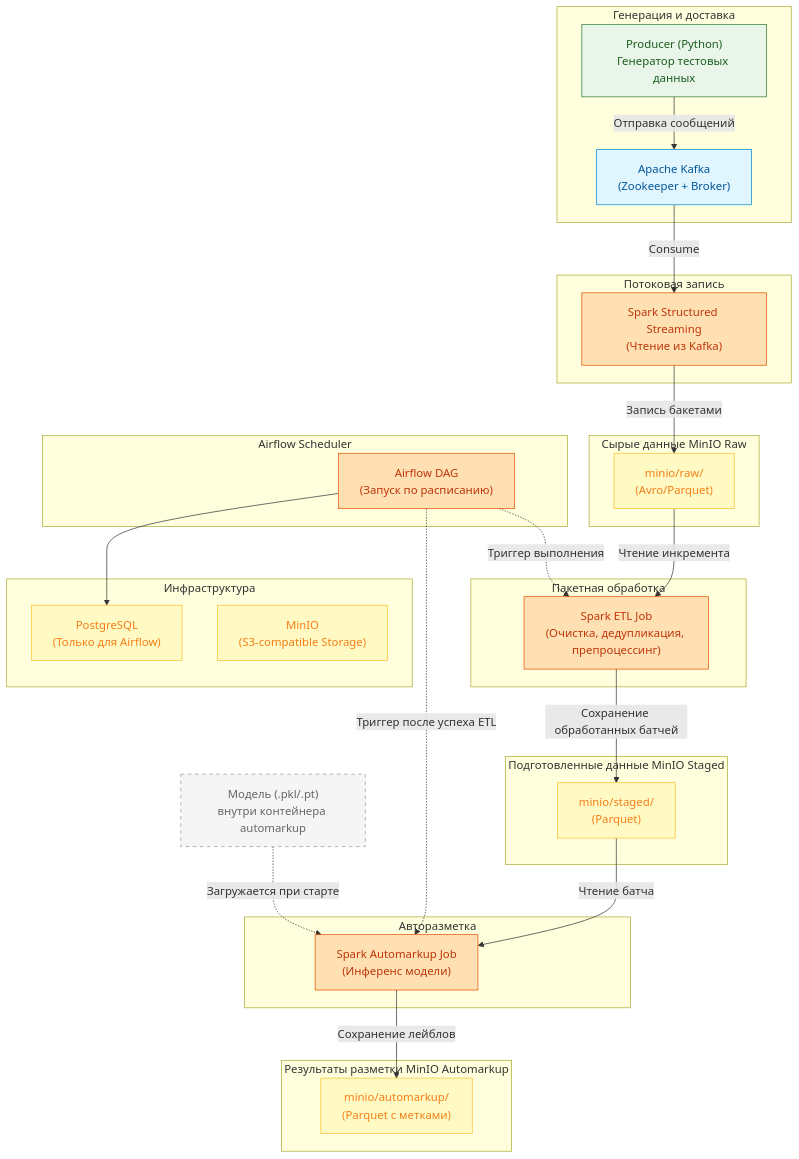
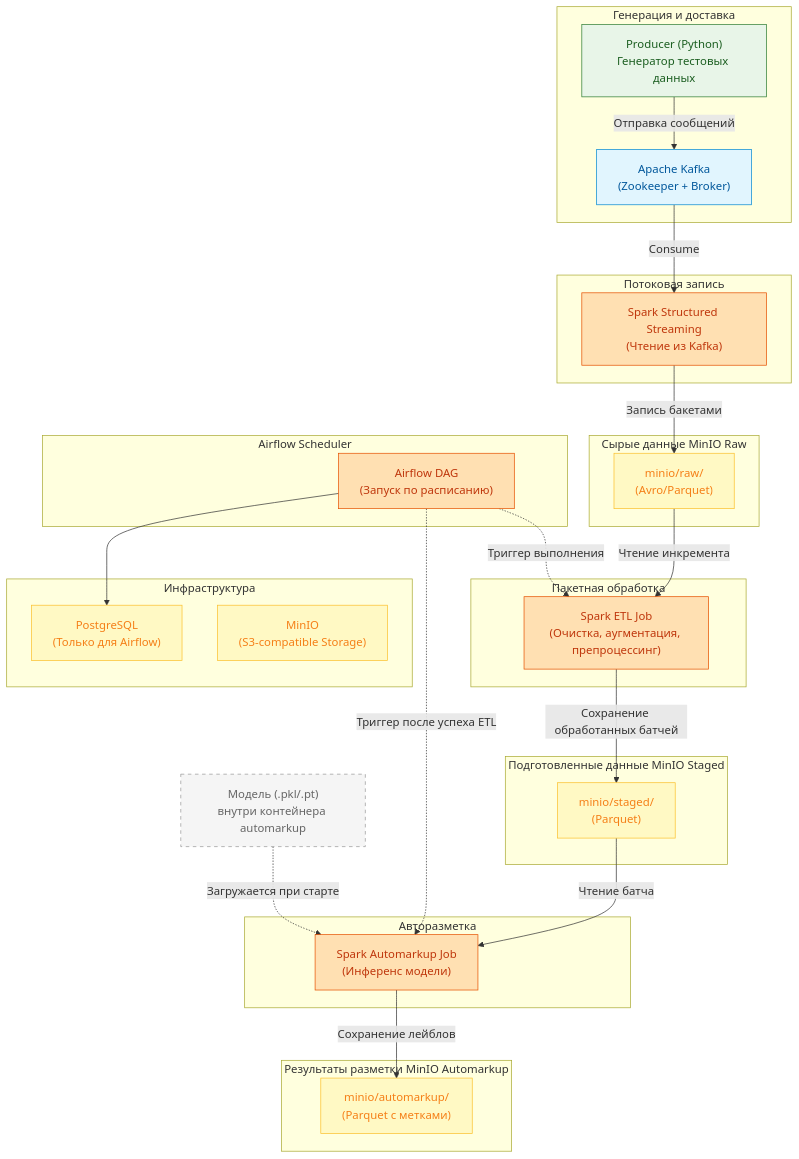
One commit to KinitoSs/diplom2 changed the diagram in implemented.mermaid. Above: the diagram before and after it, drawn with Mermaid.

```diff
--- a/implemented.mermaid
+++ b/implemented.mermaid
@@ -1,84 +1,84 @@
 graph TB
     %% Стили
     classDef vessel fill:#E8F5E8,stroke:#2E7D32,color:#1B5E20
     classDef queue fill:#E1F5FE,stroke:#0288D1,color:#01579B
     classDef storage fill:#FFF9C4,stroke:#FBC02D,color:#F57F17
     classDef job fill:#FFE0B2,stroke:#E65100,color:#BF360C
     classDef dummy fill:#F5F5F5,stroke:#999,color:#666,stroke-dasharray: 5 5
 
     %% ========== 1. ИСТОЧНИК И ТРАНСПОРТ ==========
     subgraph Data_Source [Генерация и доставка]
         PRODUCER["Producer (Python)
 Генератор тестовых данных"]:::vessel
         KAFKA["Apache Kafka
 (Zookeeper + Broker)"]:::queue
     end
 
     PRODUCER -->|"Отправка сообщений"| KAFKA
 
     %% ========== 2. STREAMING TO RAW ==========
     subgraph Stream_Layer [Потоковая запись]
         SPARK_STREAM["Spark Structured Streaming
 (Чтение из Kafka)"]:::job
     end
 
     KAFKA -->|"Consume"| SPARK_STREAM
     
     subgraph Raw_Storage [Сырые данные MinIO Raw]
         RAW_BUCKET["minio/raw/
 (Avro/Parquet)"]:::storage
     end
 
     SPARK_STREAM -->|"Запись бакетами"| RAW_BUCKET
 
     %% ========== 3. ORCHESTRATION & ETL ==========
     subgraph Orchestration [Airflow Scheduler]
         AIRFLOW["Airflow DAG
 (Запуск по расписанию)"]:::job
     end
 
     subgraph Batch_Processing [Пакетная обработка]
         ETL_JOB["Spark ETL Job
-(Очистка, дедупликация, препроцессинг)"]:::job
+(Очистка, аугментация, препроцессинг)"]:::job
     end
 
     RAW_BUCKET -->|"Чтение инкремента"| ETL_JOB
     AIRFLOW -.->|"Триггер выполнения"| ETL_JOB
 
     subgraph Staged_Storage [Подготовленные данные MinIO Staged]
         STAGED_BUCKET["minio/staged/
 (Parquet)"]:::storage
     end
 
     ETL_JOB -->|"Сохранение обработанных батчей"| STAGED_BUCKET
 
     %% ========== 4. AUTOMARKUP ==========
     subgraph AI_Layer [Авторазметка]
         AUTO_JOB["Spark Automarkup Job
 (Инференс модели)"]:::job
     end
 
     subgraph Auto_Storage [Результаты разметки MinIO Automarkup]
         AUTO_BUCKET["minio/automarkup/
 (Parquet с метками)"]:::storage
     end
 
     STAGED_BUCKET -->|"Чтение батча"| AUTO_JOB
     AIRFLOW -.->|"Триггер после успеха ETL"| AUTO_JOB
     AUTO_JOB -->|"Сохранение лейблов"| AUTO_BUCKET
 
     %% Модель локально в контейнере automarkup
     MODEL_FILE["Модель (.pkl/.pt)
 внутри контейнера automarkup"]:::dummy
     MODEL_FILE -.->|"Загружается при старте"| AUTO_JOB
 
     %% ========== 5. ВСПОМОГАТЕЛЬНЫЕ СЕРВИСЫ ==========
     subgraph Infra [Инфраструктура]
         POSTGRES["PostgreSQL
 (Только для Airflow)"]:::storage
         MINIO["MinIO
 (S3-compatible Storage)"]:::storage
     end
 
     %% Связи с инфраструктурой
     AIRFLOW --> POSTGRES
```
